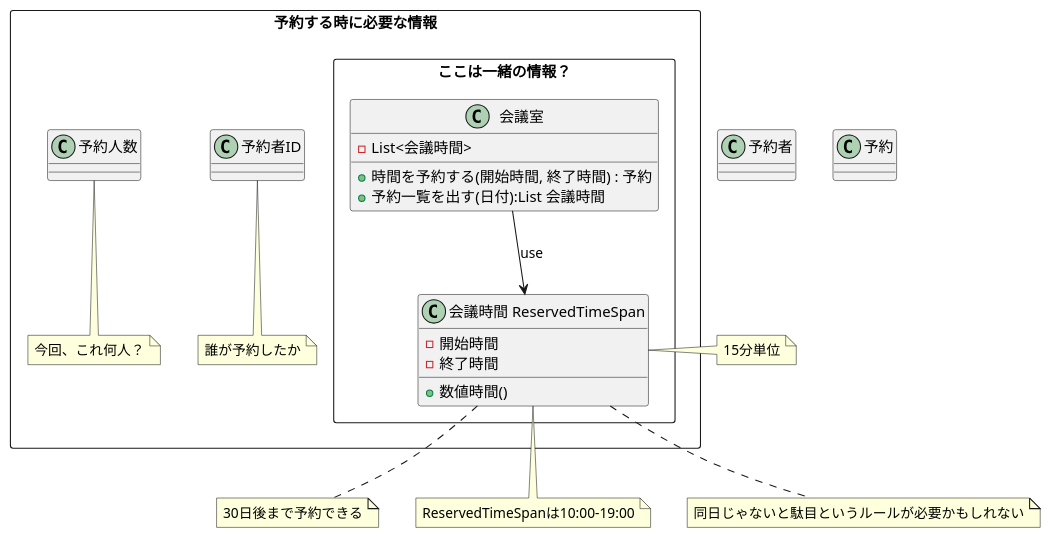
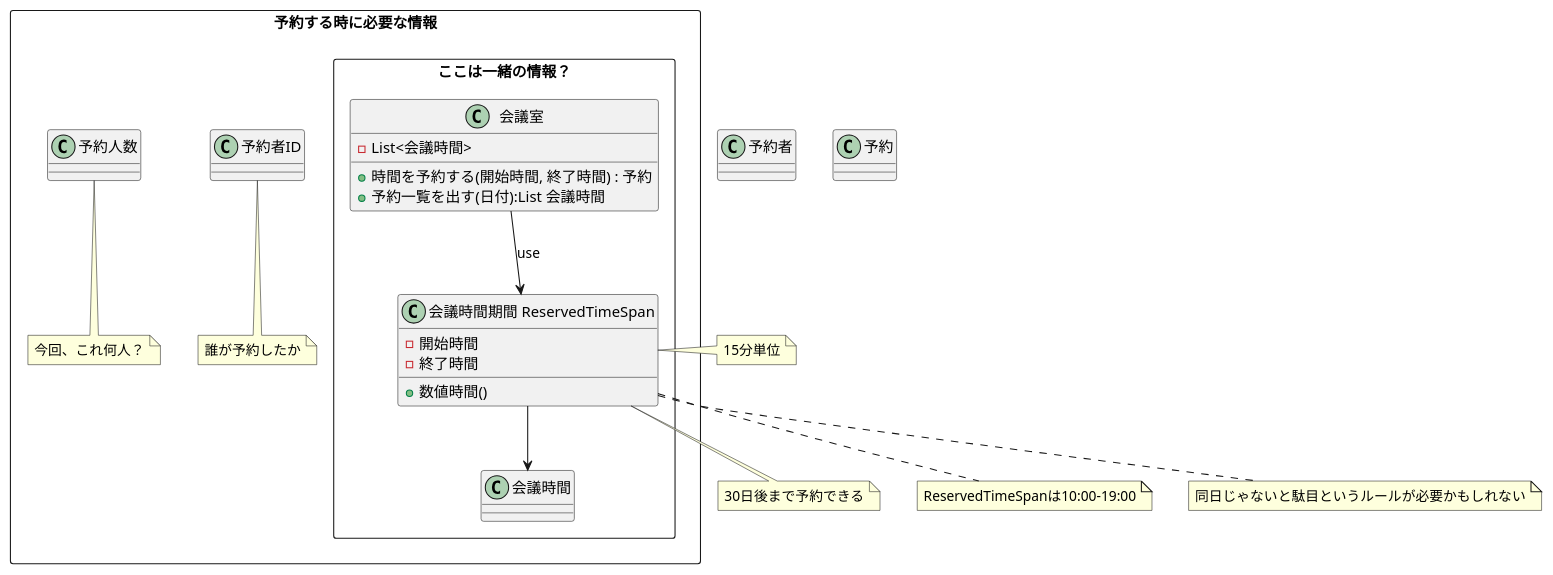
One commit to jnuank/meeting-room changed the diagram in diagram/domainmodel.pu. Above: the diagram before and after it, drawn with PlantUML. The commit also changed 3 other files, not shown here.

Commit message:
update: TimeReserved(会議時間)オブジェクトを作成

```diff
--- a/diagram/domainmodel.pu
+++ b/diagram/domainmodel.pu
@@ -1,46 +1,50 @@
 @startuml
 
 class 予約者
 class 予約
 
 rectangle 予約する時に必要な情報 {
     class 予約者ID
     rectangle ここは一緒の情報？ {
         class "会議室" as MeetingRooms
         {
             - List<会議時間>
             + 時間を予約する(開始時間, 終了時間) : 予約
             + 予約一覧を出す(日付):List 会議時間
         }
-        class "会議時間 ReservedTimeSpan" as ReservedTimeSpan {
+        class "会議時間期間 ReservedTimeSpan" as ReservedTimeSpan {
             - 開始時間
             - 終了時間
             + 数値時間() 
         }
+        class "会議時間" as ReservedTime {
+
+        }
     }
+    ReservedTimeSpan --> ReservedTime
     MeetingRooms --> ReservedTimeSpan : use
     class 予約人数
     class 予約者ID
     note bottom of 予約者ID
     誰が予約したか
     end note 
     note bottom of 予約人数
     今回、これ何人？
     end note
 }
 
 note right of ReservedTimeSpan
 15分単位
 end note
 note bottom of ReservedTimeSpan
 30日後まで予約できる
 end note
 note bottom of ReservedTimeSpan
 ReservedTimeSpanは10:00-19:00
 end note
 
 note bottom of ReservedTimeSpan
 同日じゃないと駄目というルールが必要かもしれない
 end note
 
 @enduml
```
